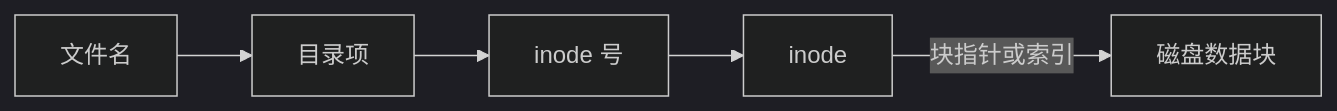
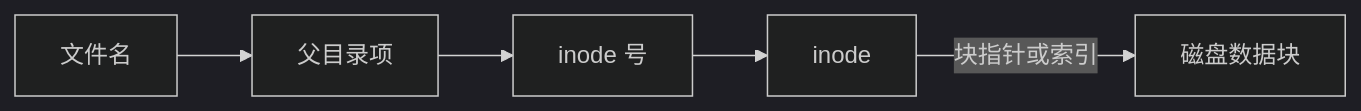
One commit to 74262195/system-architect-notes changed the diagram in 01_综合知识/01_计算机系统基础知识/02_操作系统/FCB与inode.md. Above: the diagram before and after it, drawn with Mermaid (dark theme). The commit also changed other lines of this file, not shown here.

````diff
--- a/01_综合知识/01_计算机系统基础知识/02_操作系统/FCB与inode.md
+++ b/01_综合知识/01_计算机系统基础知识/02_操作系统/FCB与inode.md
@@ -96,7 +63,7 @@
 ```mermaid
 flowchart LR
-    A["文件名"] --> B["目录项"]
+    A["文件名"] --> B["父目录项"]
     B --> C["inode 号"]
     C --> D["inode"]
     D -->|"块指针或索引"| E["磁盘数据块"]
 ```
````
